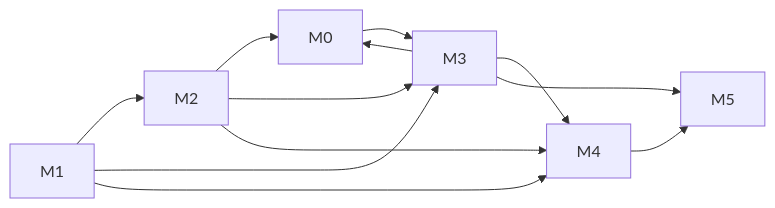
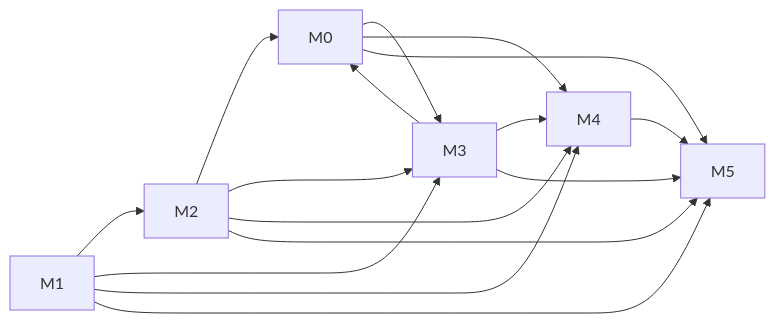
The diagram in docs/baton/DEPENDENCIES.md (MohamedGamil/MapX), drawn with Mermaid before and after one commit. The commit also changed other lines of this file and 172 other files, not shown here.

````diff
--- a/docs/baton/DEPENDENCIES.md
+++ b/docs/baton/DEPENDENCIES.md
@@ -5,14 +5,18 @@
 ```mermaid
 flowchart LR
   M1 --> M2
   M3 --> M0
   M2 --> M0
   M0 --> M3
   M1 --> M3
   M2 --> M3
   M1 --> M4
   M2 --> M4
   M3 --> M4
+  M0 --> M4
+  M0 --> M5
   M3 --> M5
+  M1 --> M5
+  M2 --> M5
   M4 --> M5
 ```
````
